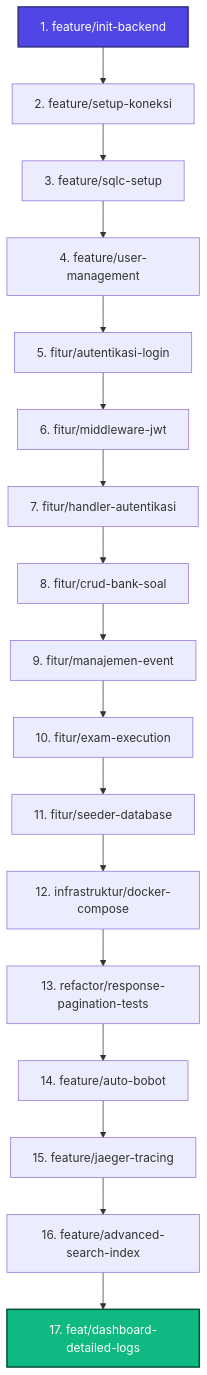
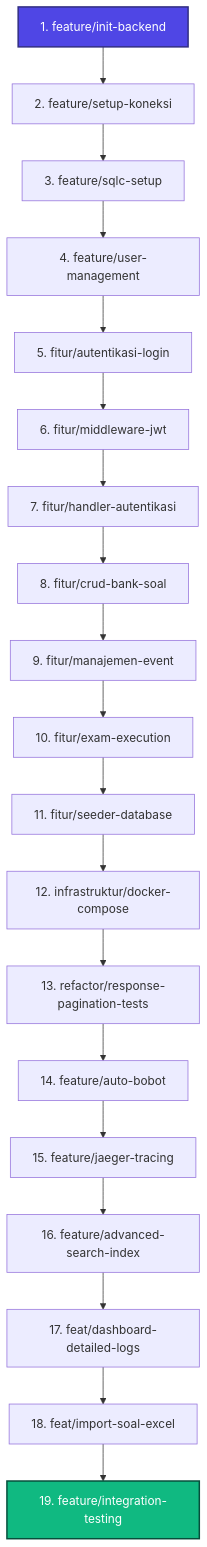
Before and after one commit to odealidj/pramuka-CAT: the diagram in branch-sequence.md, drawn with Mermaid. The commit also changed other lines of this file, not shown here.

Commit message:
docs: add feature/integration-testing to branch sequence roadmap

````diff
--- a/branch-sequence.md
+++ b/branch-sequence.md
@@ -11,22 +11,24 @@
 ```mermaid
 graph TD
     B1[1. feature/init-backend] --> B2[2. feature/setup-koneksi]
     B2 --> B3[3. feature/sqlc-setup]
     B3 --> B4[4. feature/user-management]
     B4 --> B5[5. fitur/autentikasi-login]
     B5 --> B6[6. fitur/middleware-jwt]
     B6 --> B7[7. fitur/handler-autentikasi]
     B7 --> B8[8. fitur/crud-bank-soal]
     B8 --> B9[9. fitur/manajemen-event]
     B9 --> B10[10. fitur/exam-execution]
     B10 --> B11[11. fitur/seeder-database]
     B11 --> B12[12. infrastruktur/docker-compose]
     B12 --> B13[13. refactor/response-pagination-tests]
     B13 --> B14[14. feature/auto-bobot]
     B14 --> B15[15. feature/jaeger-tracing]
     B15 --> B16[16. feature/advanced-search-index]
     B16 --> B17[17. feat/dashboard-detailed-logs]
+    B17 --> B18[18. feat/import-soal-excel]
+    B18 --> B19[19. feature/integration-testing]
     
     style B1 fill:#4F46E5,stroke:#312E81,stroke-width:2px,color:#fff
-    style B17 fill:#10B981,stroke:#064E3B,stroke-width:2px,color:#fff
+    style B19 fill:#10B981,stroke:#064E3B,stroke-width:2px,color:#fff
 ```
````
